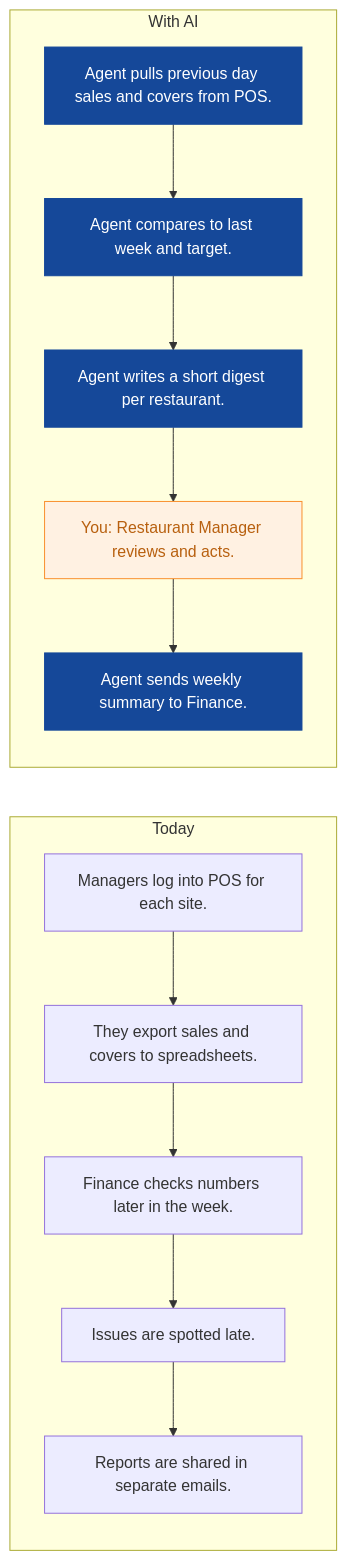
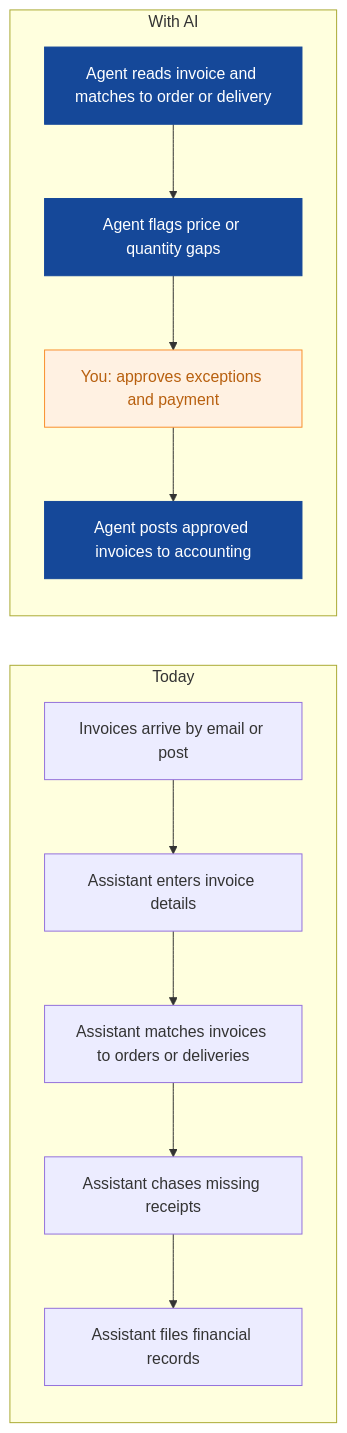
Before and after one commit to nexibeo/Complete-AI-Strategy: the seventh of 8 diagrams in strategies/saffron-table-group.md, drawn with Mermaid. The commit also changed other lines of this file and 26 other files, not shown here.

````diff
--- a/strategies/saffron-table-group.md
+++ b/strategies/saffron-table-group.md
@@ -252,23 +221,22 @@
 ```mermaid
 flowchart LR
   subgraph Today
-    B0["Managers log into POS for each site."]
-    B1["They export sales and covers to spreadsheets."]
-    B2["Finance checks numbers later in the week."]
-    B3["Issues are spotted late."]
-    B4["Reports are shared in separate emails."]
+    B0["Invoices arrive by email or post"]
+    B1["Assistant enters invoice details"]
+    B2["Assistant matches invoices to orders or deliveries"]
+    B3["Assistant chases missing receipts"]
+    B4["Assistant files financial records"]
     B0 --> B1 --> B2 --> B3 --> B4
   end
   subgraph WithAI[With AI]
-    A0["Agent pulls previous day sales and covers from POS."]
-    A1["Agent compares to last week and target."]
-    A2["Agent writes a short digest per restaurant."]
-    A3["You: Restaurant Manager reviews and acts."]
-    A4["Agent sends weekly summary to Finance."]
-    A0 --> A1 --> A2 --> A3 --> A4
+    A0["Agent reads invoice and matches to order or delivery"]
+    A1["Agent flags price or quantity gaps"]
+    A2["You: approves exceptions and payment"]
+    A3["Agent posts approved invoices to accounting"]
+    A0 --> A1 --> A2 --> A3
   end
   classDef ai fill:#154899,color:#fff,stroke:#154899
   classDef human fill:#FFF1E2,color:#B8600F,stroke:#F98F2C
-  class A0,A1,A2,A4 ai
-  class A3 human
+  class A0,A1,A3 ai
+  class A2 human
 ```
````
